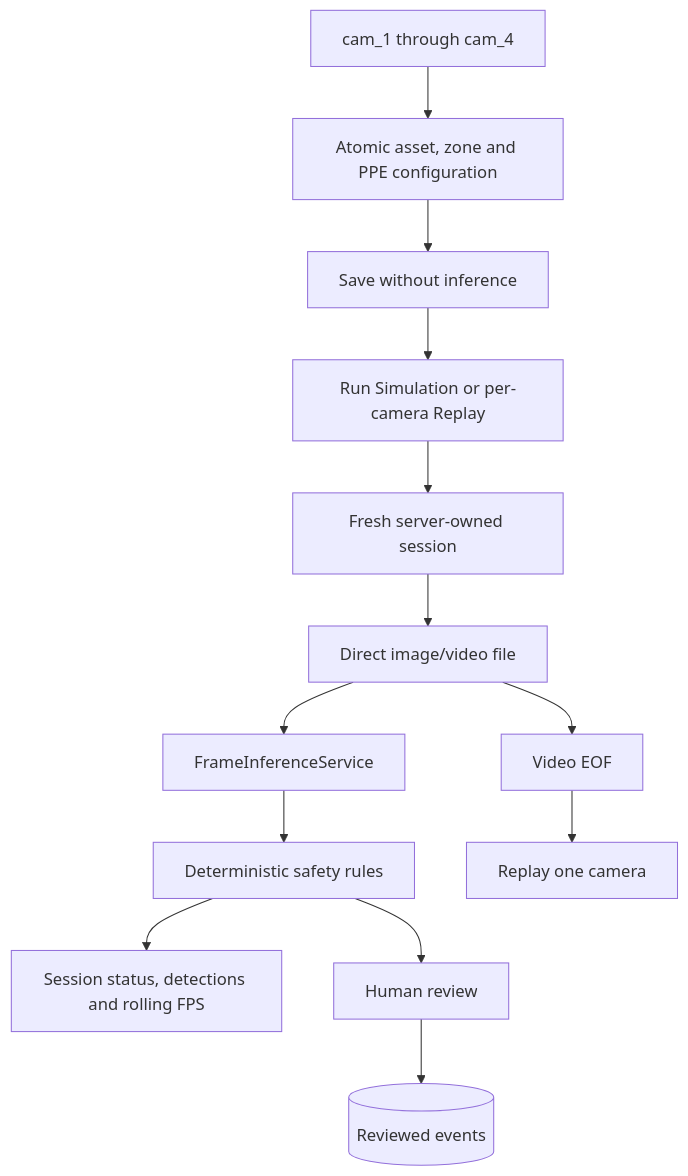
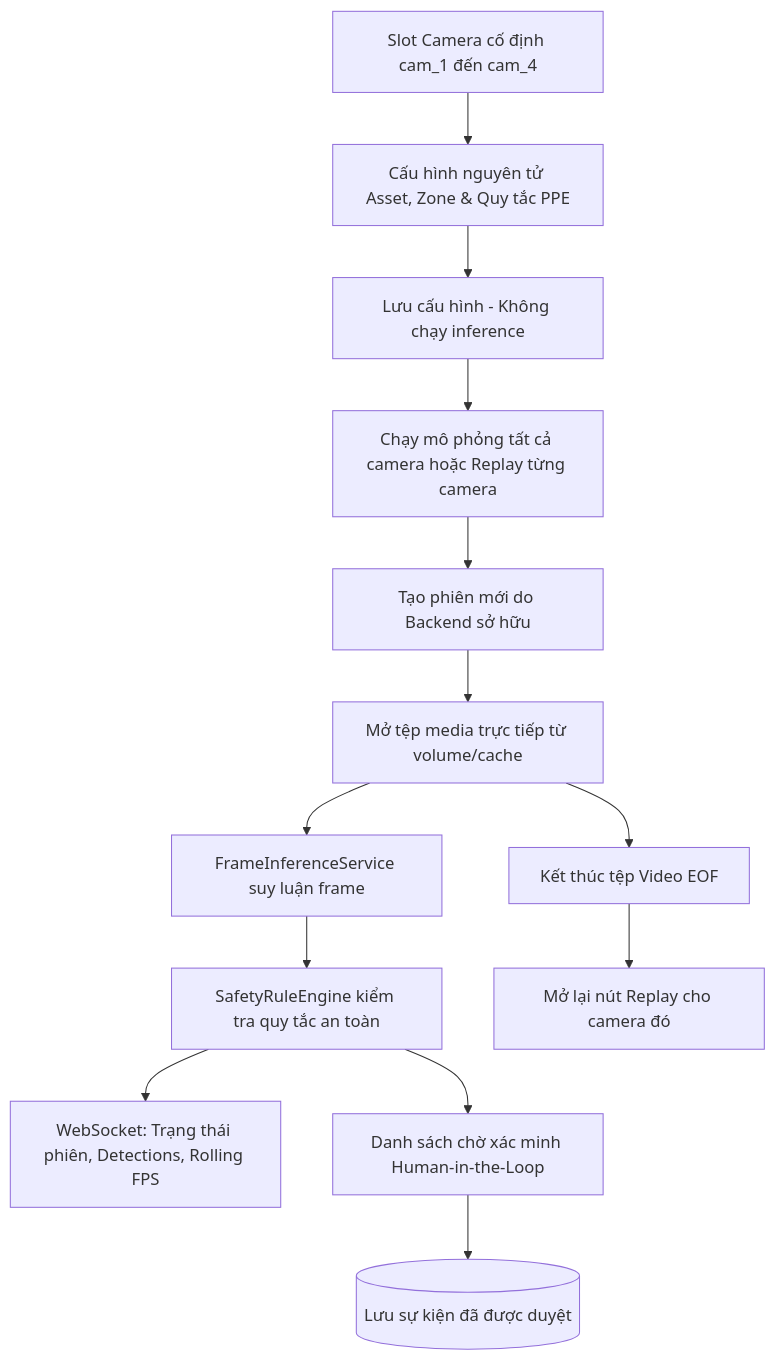
One commit to NguyenNhat4/Sentiel-safety-intelligent changed the second of 6 diagrams in docs/architecture/architecture_diagram.md. Above: the diagram before and after it, drawn with Mermaid. The commit also changed other lines of this file and 4 other files, not shown here.

First line of the commit message:
docs: add developer onboarding guide and update sequence diagrams

````diff
--- a/docs/architecture/architecture_diagram.md
+++ b/docs/architecture/architecture_diagram.md
@@ -18,15 +24,15 @@
 ```mermaid
 flowchart TD
-    Slot[cam_1 through cam_4] --> Config[Atomic asset, zone and PPE configuration]
-    Config --> Save[Save without inference]
-    Save --> Run[Run Simulation or per-camera Replay]
-    Run --> Session[Fresh server-owned session]
-    Session --> Source[Direct image/video file]
-    Source --> Infer[FrameInferenceService]
-    Infer --> Rules[Deterministic safety rules]
-    Rules --> WS[Session status, detections and rolling FPS]
-    Rules --> HITL[Human review]
-    HITL --> Events[(Reviewed events)]
-    Source --> EOF[Video EOF]
-    EOF --> Replay[Replay one camera]
+    Slot[Slot Camera cố định cam_1 đến cam_4] --> Config[Cấu hình nguyên tử Asset, Zone & Quy tắc PPE]
+    Config --> Save[Lưu cấu hình - Không chạy inference]
+    Save --> Run[Chạy mô phỏng tất cả camera hoặc Replay từng camera]
+    Run --> Session[Tạo phiên mới do Backend sở hữu]
+    Session --> Source[Mở tệp media trực tiếp từ volume/cache]
+    Source --> Infer[FrameInferenceService suy luận frame]
+    Infer --> Rules[SafetyRuleEngine kiểm tra quy tắc an toàn]
+    Rules --> WS[WebSocket: Trạng thái phiên, Detections, Rolling FPS]
+    Rules --> HITL[Danh sách chờ xác minh Human-in-the-Loop]
+    HITL --> Events[(Lưu sự kiện đã được duyệt)]
+    Source --> EOF[Kết thúc tệp Video EOF]
+    EOF --> Replay[Mở lại nút Replay cho camera đó]
 ```
````
